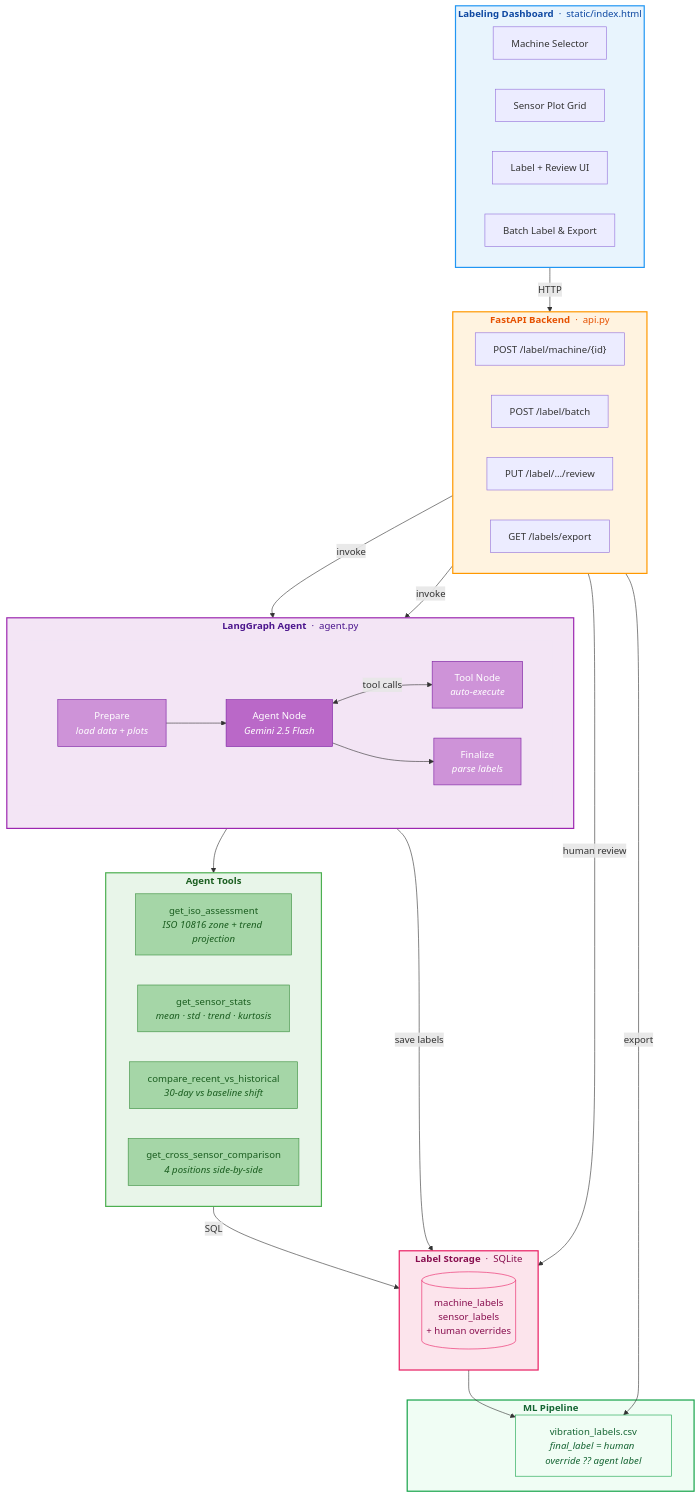
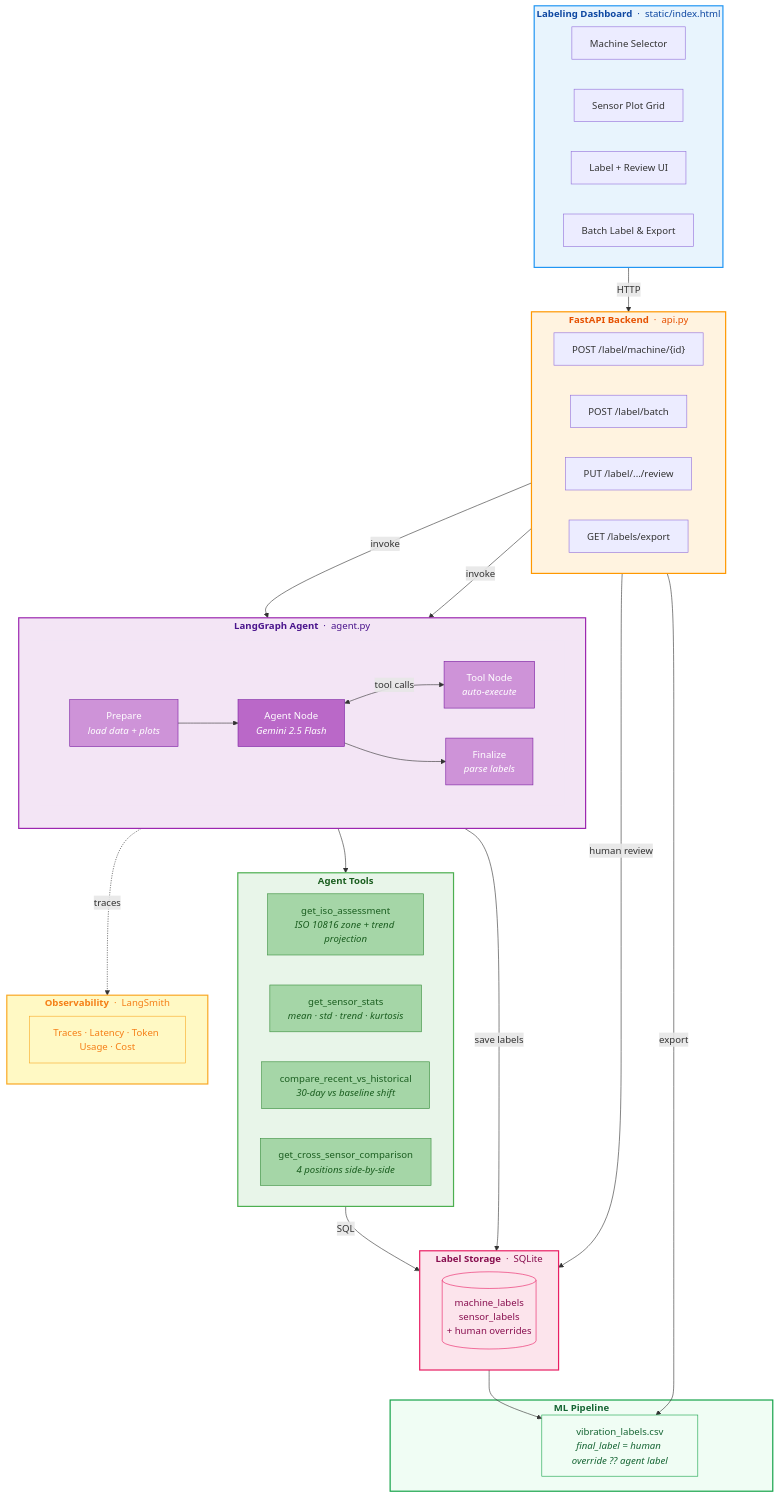
The first of 2 diagrams in README.md (phanidhirajpadimiti/Vib_Analysis), drawn with Mermaid before and after one commit. The commit also changed other lines of this file, not shown here.

First line of the commit message:
Update README with LangSmith observability section

````diff
--- a/README.md
+++ b/README.md
@@ -54,8 +54,14 @@
         CSV["vibration_labels.csv<br/><i>final_label = human override ?? agent label</i>"]
     end
 
+    subgraph OBS["<b>Observability</b> &nbsp;·&nbsp; LangSmith"]
+        direction LR
+        LS["Traces · Latency · Token Usage · Cost"]
+    end
+
     FRONTEND -- "HTTP" --> API
     R1 & R2 -- "invoke" --> AGENT
+    AGENT -. "traces" .-> OBS
     P --> LLM
     LLM <-- "tool calls" --> TN
     LLM --> FIN
@@ -85,4 +91,7 @@
     style T2 fill:#a5d6a7,stroke:#388e3c,color:#1b5e20
     style T3 fill:#a5d6a7,stroke:#388e3c,color:#1b5e20
     style T4 fill:#a5d6a7,stroke:#388e3c,color:#1b5e20
+
+    style OBS fill:#fff9c4,stroke:#f9a825,stroke-width:2px,color:#f57f17
+    style LS fill:#fff9c4,stroke:#f9a825,color:#f57f17
 ```
````
